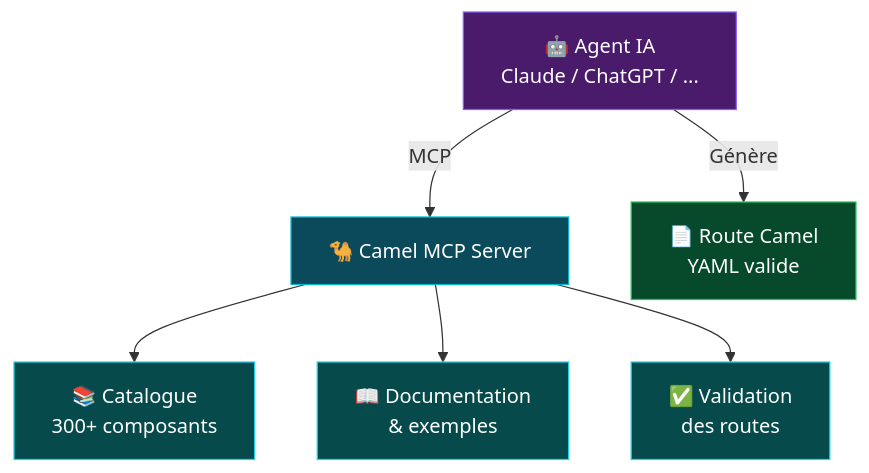
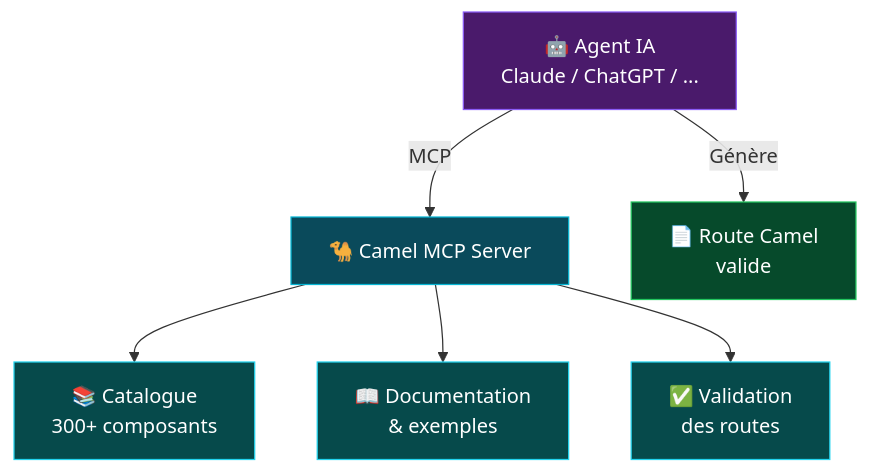
One commit to zbendhiba/slides changed the fourth of 6 diagrams in talk-integration-intelligente-2026-fr/slides.md. Above: the diagram before and after it, drawn with Mermaid. The commit also changed other lines of this file, not shown here.

````diff
--- a/talk-integration-intelligente-2026-fr/slides.md
+++ b/talk-integration-intelligente-2026-fr/slides.md
@@ -419,15 +484,15 @@
 ```mermaid {scale: 0.65}
 graph TD
     AI[🤖 Agent IA<br>Claude / ChatGPT / ...] -->|MCP| CS[🐪 Camel MCP Server]
     CS --> CAT[📚 Catalogue<br>300+ composants]
     CS --> DOC[📖 Documentation<br>& exemples]
     CS --> VAL[✅ Validation<br>des routes]
-    AI -->|Génère| R[📄 Route Camel<br>YAML valide]
+    AI -->|Génère| R[📄 Route Camel<br>valide]
     
     style AI fill:#4a1a6b,stroke:#8b5cf6,color:#fff
     style CS fill:#0a4a5b,stroke:#06b6d4,color:#fff
     style CAT fill:#064a4b,stroke:#22d3ee,color:#fff
     style DOC fill:#064a4b,stroke:#22d3ee,color:#fff
     style VAL fill:#064a4b,stroke:#22d3ee,color:#fff
     style R fill:#064a2b,stroke:#22c55e,color:#fff
 ```
````
